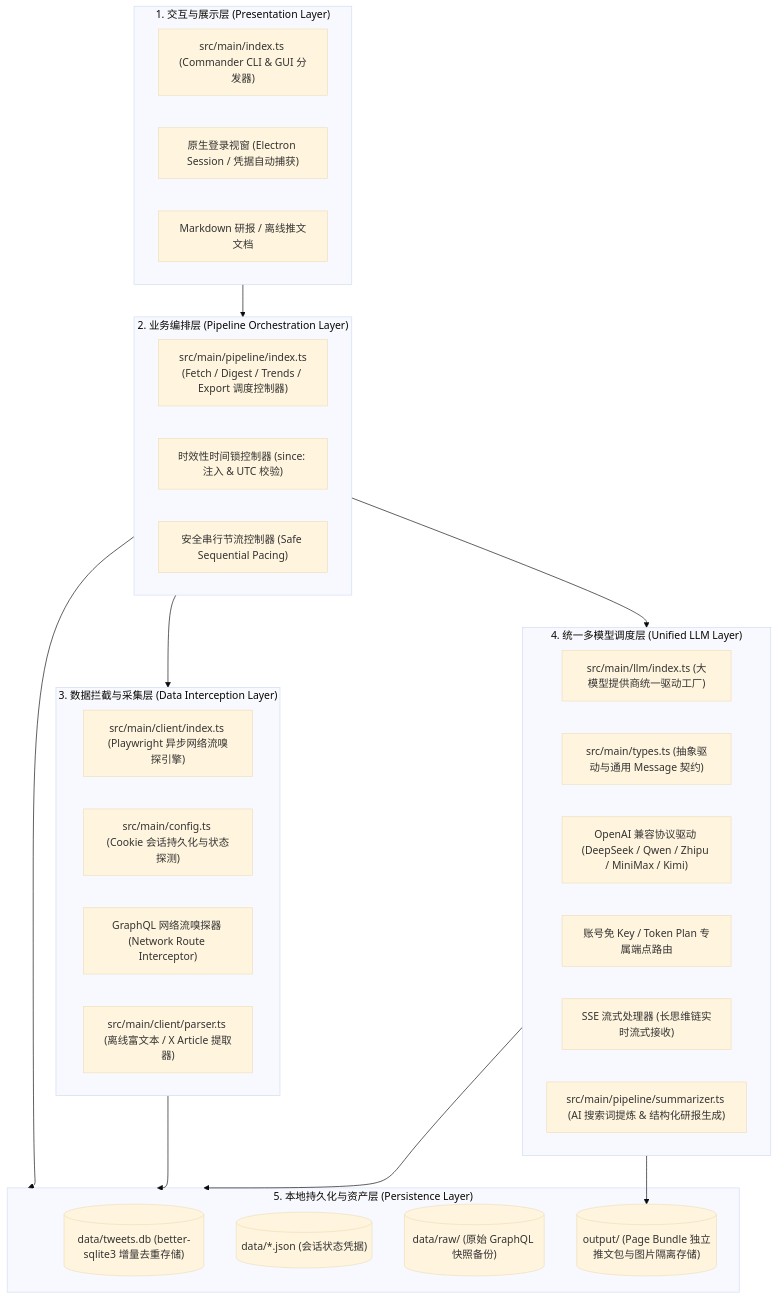
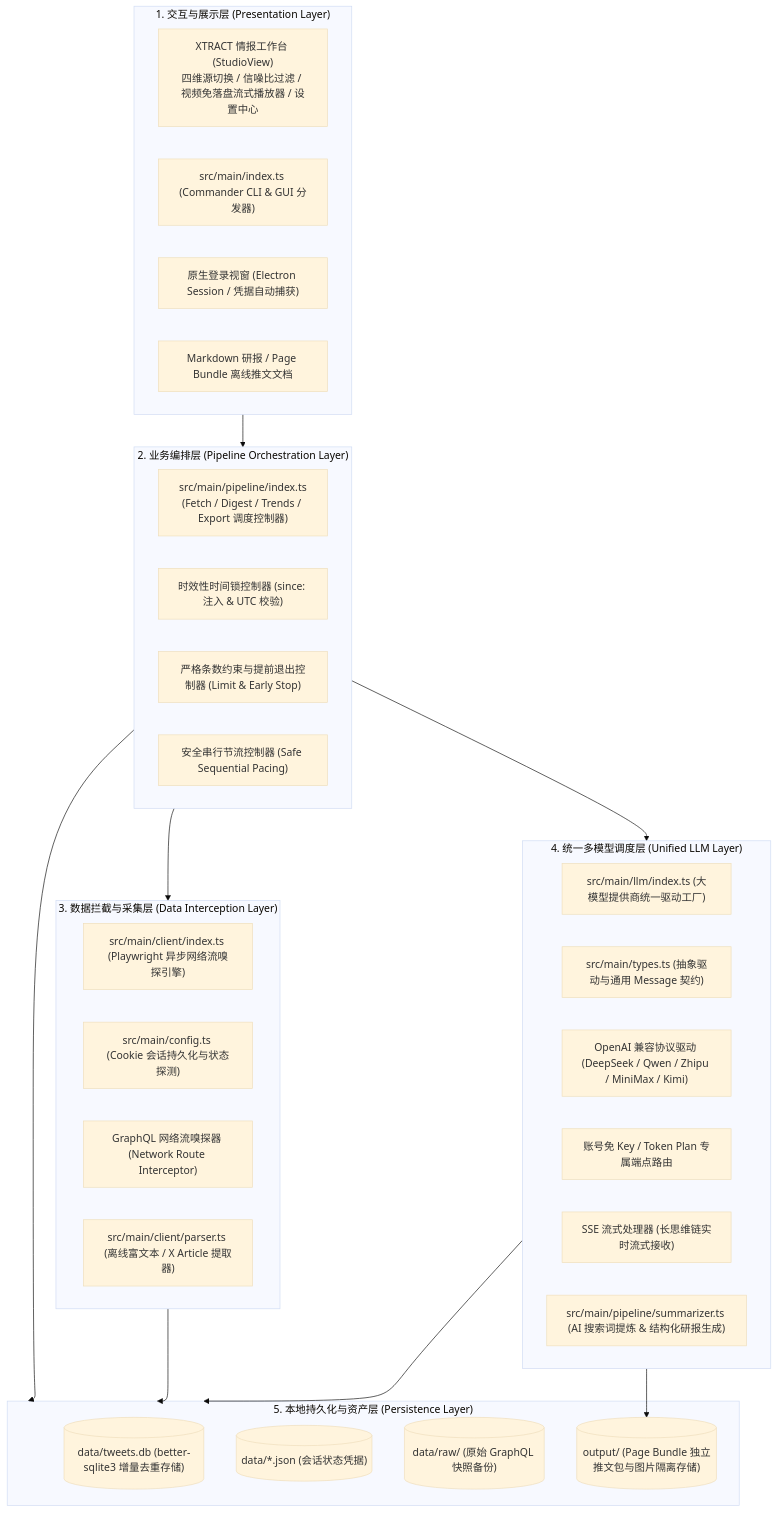
Before and after one commit to monkeychen/xtract: the first of 3 diagrams in docs/architecture.md, drawn with Mermaid (base theme). The commit also changed other lines of this file and 4 other files, not shown here.

Commit message:
docs: synchronize architectural design, video streaming, and fetch limit specifications across all project documentation

````diff
--- a/docs/architecture.md
+++ b/docs/architecture.md
@@ -33,45 +33,47 @@
 ```mermaid
 flowchart TD
     subgraph UI ["1. 交互与展示层 (Presentation Layer)"]
+        STUDIO_UI["XTRACT 情报工作台 (StudioView)\n四维源切换 / 信噪比过滤 / 视频免落盘流式播放器 / 设置中心"]
         CLI["src/main/index.ts (Commander CLI & GUI 分发器)"]
         AUTH_UI["原生登录视窗 (Electron Session / 凭据自动捕获)"]
-        MD_VIEW["Markdown 研报 / 离线推文文档"]
+        MD_VIEW["Markdown 研报 / Page Bundle 离线推文文档"]
     end
 
     subgraph ORCH ["2. 业务编排层 (Pipeline Orchestration Layer)"]
         CORE_PIPE["src/main/pipeline/index.ts\n(Fetch / Digest / Trends / Export 调度控制器)"]
         FRESH_LOCK["时效性时间锁控制器 (since: 注入 & UTC 校验)"]
+        LIMIT_CTRL["严格条数约束与提前退出控制器 (Limit & Early Stop)"]
         SERIAL_CTRL["安全串行节流控制器 (Safe Sequential Pacing)"]
     end
 
     subgraph CRAWL ["3. 数据拦截与采集层 (Data Interception Layer)"]
         PLAYWRIGHT["src/main/client/index.ts (Playwright 异步网络流嗅探引擎)"]
         AUTH_MGR["src/main/config.ts (Cookie 会话持久化与状态探测)"]
         ROUTE_FILTER["GraphQL 网络流嗅探器 (Network Route Interceptor)"]
         HTML_PARSER["src/main/client/parser.ts (离线富文本 / X Article 提取器)"]
     end
 
     subgraph LLM ["4. 统一多模型调度层 (Unified LLM Layer)"]
         FACTORY["src/main/llm/index.ts (大模型提供商统一驱动工厂)"]
         BASE_LLM["src/main/types.ts (抽象驱动与通用 Message 契约)"]
         OAI_COMPAT["OpenAI 兼容协议驱动 (DeepSeek / Qwen / Zhipu / MiniMax / Kimi)"]
         ACC_DRV["账号免 Key / Token Plan 专属端点路由"]
         SSE_STREAM["SSE 流式处理器 (长思维链实时流式接收)"]
         SUMMARIZER["src/main/pipeline/summarizer.ts (AI 搜索词提炼 & 结构化研报生成)"]
     end
 
     subgraph STORAGE ["5. 本地持久化与资产层 (Persistence Layer)"]
         SQLITE[("data/tweets.db (better-sqlite3 增量去重存储)")]
         AUTH_FILES[("data/*.json (会话状态凭据)")]
         RAW_BACKUP[("data/raw/ (原始 GraphQL 快照备份)")]
         OUTPUT_ASSETS[("output/ (Page Bundle 独立推文包与图片隔离存储)")]
     end
 
     UI --> ORCH
     ORCH --> CRAWL
     ORCH --> STORAGE
     ORCH --> LLM
     CRAWL --> STORAGE
     LLM --> STORAGE
     LLM --> OUTPUT_ASSETS
 ```
````
